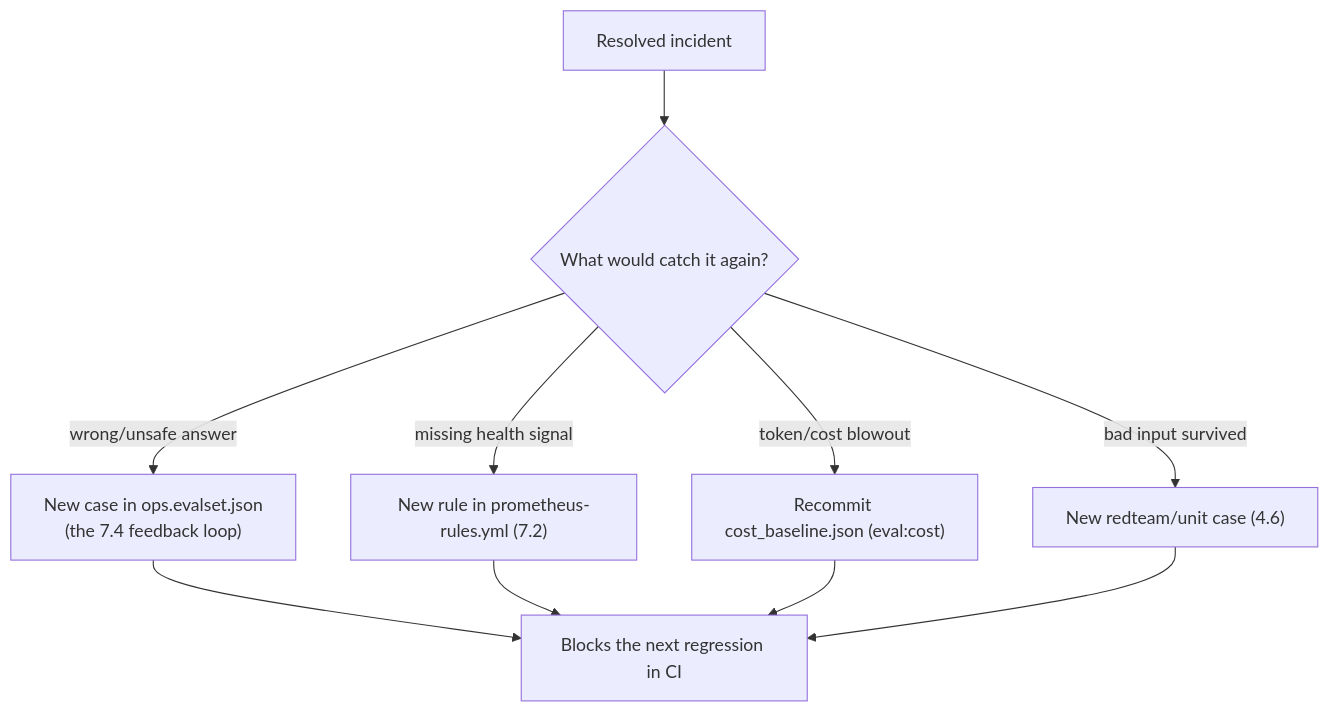
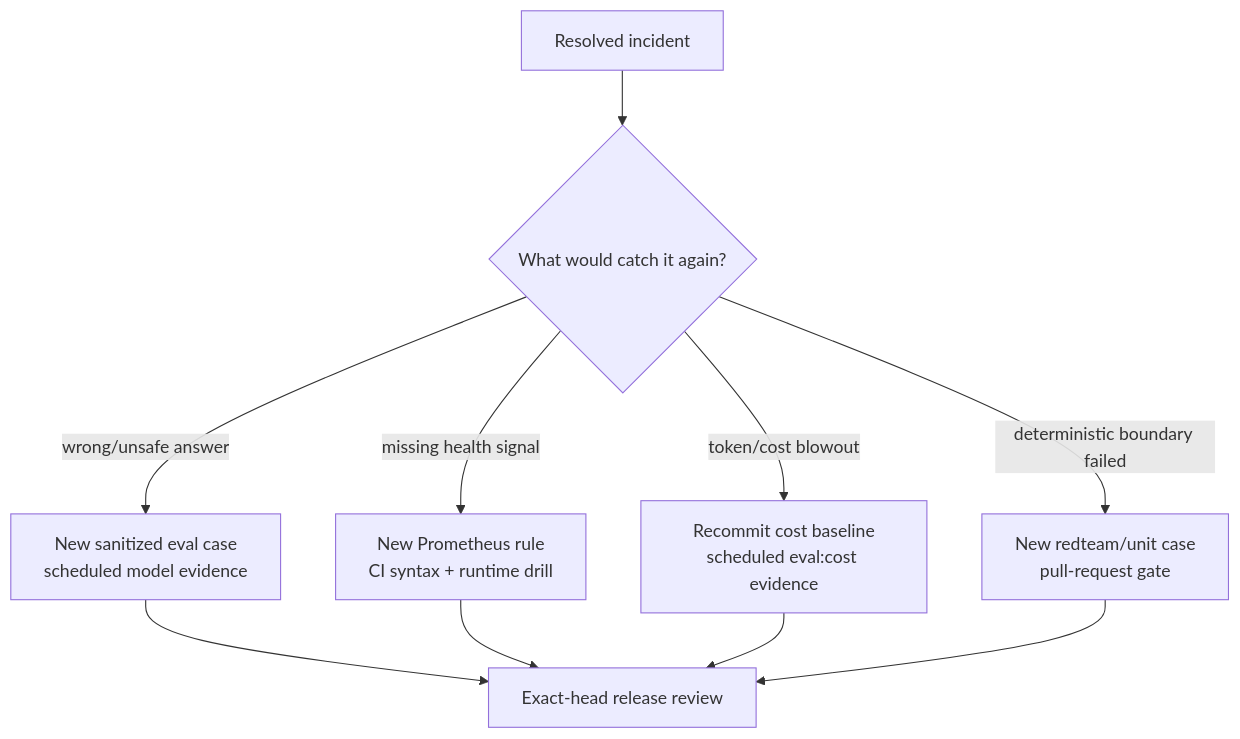
The second of 2 diagrams in docs/7. Observability/7.7. Incident Response.md (LuiGGi629/agentops-open-course), drawn with Mermaid before and after one commit. The commit also changed other lines of this file and 121 other files, not shown here.

````diff
--- a/docs/7. Observability/7.7. Incident Response.md
+++ b/docs/7. Observability/7.7. Incident Response.md
@@ -182,12 +182,12 @@
 ```mermaid
 flowchart TD
     Incident["Resolved incident"] --> Which{"What would catch it again?"}
-    Which -->|"wrong/unsafe answer"| Case["New case in ops.evalset.json<br/>(the 7.4 feedback loop)"]
-    Which -->|"missing health signal"| Alert["New rule in prometheus-rules.yml (7.2)"]
-    Which -->|"token/cost blowout"| Baseline["Recommit cost_baseline.json (eval:cost)"]
-    Which -->|"bad input survived"| Test["New redteam/unit case (4.6)"]
-    Case --> CI["Blocks the next regression in CI"]
-    Alert --> CI
-    Baseline --> CI
-    Test --> CI
+    Which -->|"wrong/unsafe answer"| Case["New sanitized eval case<br/>scheduled model evidence"]
+    Which -->|"missing health signal"| Alert["New Prometheus rule<br/>CI syntax + runtime drill"]
+    Which -->|"token/cost blowout"| Baseline["Recommit cost baseline<br/>scheduled eval:cost evidence"]
+    Which -->|"deterministic boundary failed"| Test["New redteam/unit case<br/>pull-request gate"]
+    Case --> Review["Exact-head release review"]
+    Alert --> Review
+    Baseline --> Review
+    Test --> Review
 ```
````
